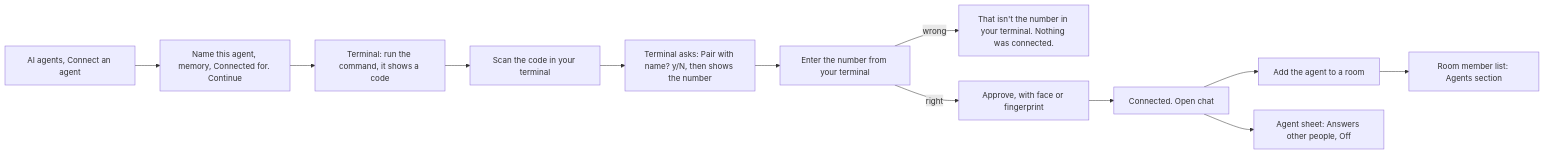
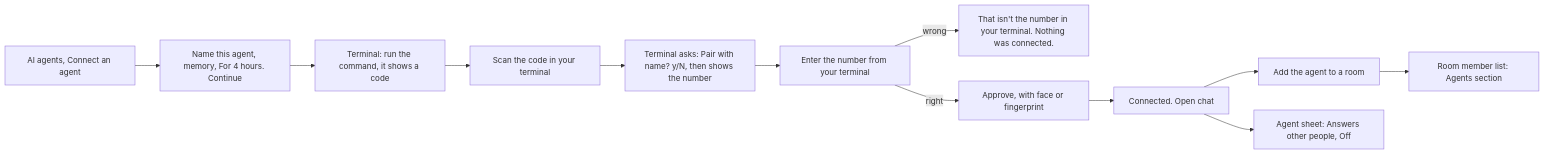
One commit to berkmancenter/keyring-wallet changed the first of 4 diagrams in docs/plans/agent-connect-plan.md. Above: the diagram before and after it, drawn with Mermaid. The commit also changed other lines of this file and 7 other files, not shown here.

First line of the commit message:
docs(plans): agent connect revision 6, HCP increments in each tier and the HCP grant model

````diff
--- a/docs/plans/agent-connect-plan.md
+++ b/docs/plans/agent-connect-plan.md
@@ -21,14 +21,14 @@
 ```mermaid
 flowchart LR
-    start["AI agents, Connect an agent"] --> name["Name this agent, memory, Connected for. Continue"]
+    start["AI agents, Connect an agent"] --> name["Name this agent, memory, For 4 hours. Continue"]
     name --> cmd["Terminal: run the command, it shows a code"]
     cmd --> scan["Scan the code in your terminal"]
     scan --> yn["Terminal asks: Pair with name? y/N, then shows the number"]
     yn --> num["Enter the number from your terminal"]
     num -->|wrong| fail["That isn't the number in your terminal. Nothing was connected."]
     num -->|right| approve["Approve, with face or fingerprint"]
     approve --> done["Connected. Open chat"]
     done --> add["Add the agent to a room"]
     add --> members["Room member list: Agents section"]
     done --> sheet["Agent sheet: Answers other people, Off"]
 ```
````
